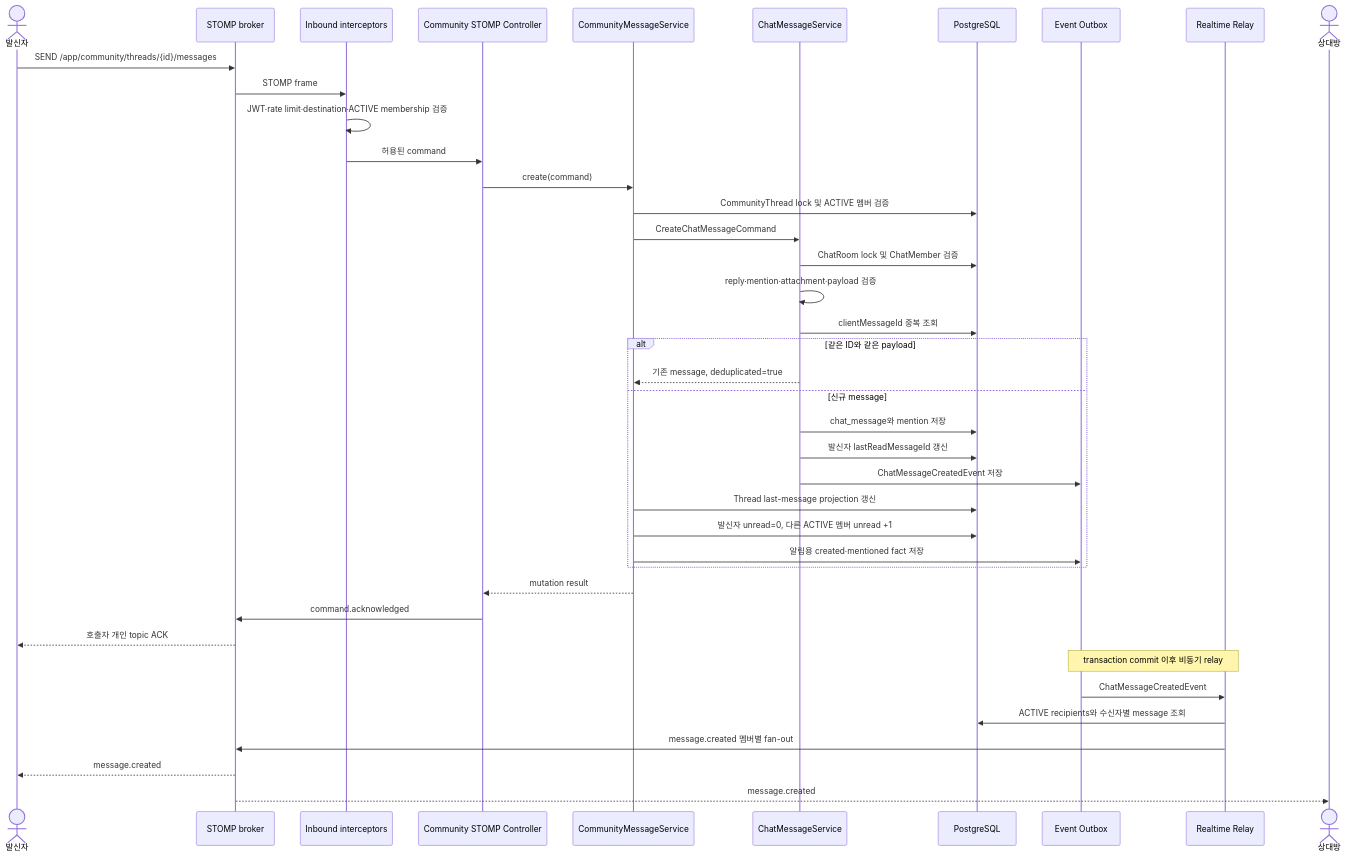
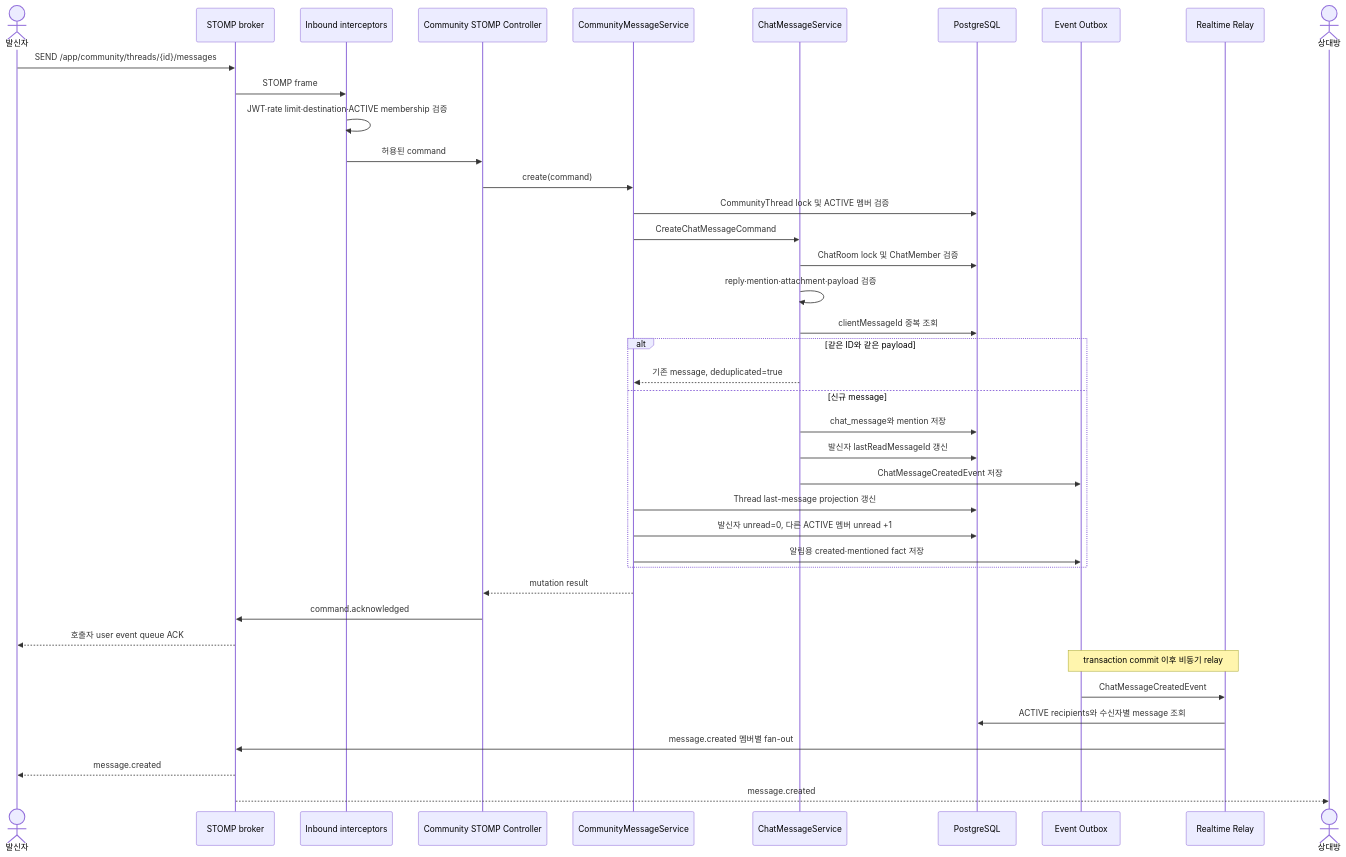
Before and after one commit to UMC-PRODUCT/cygnus-server: the third of 9 diagrams in docs/onboarding/community/community-thread-realtime-architecture.md, drawn with Mermaid. The commit also changed other lines of this file and 37 other files, not shown here.

````diff
--- a/docs/onboarding/community/community-thread-realtime-architecture.md
+++ b/docs/onboarding/community/community-thread-realtime-architecture.md
@@ -254,46 +256,46 @@
 ```mermaid
 sequenceDiagram
     actor A as 발신자
     participant B as STOMP broker
     participant W as Inbound interceptors
     participant C as Community STOMP Controller
     participant CS as CommunityMessageService
     participant CH as ChatMessageService
     participant DB as PostgreSQL
     participant O as Event Outbox
     participant R as Realtime Relay
     actor M as 상대방
 
     A->>B: SEND /app/community/threads/{id}/messages
     B->>W: STOMP frame
     W->>W: JWT·rate limit·destination·ACTIVE membership 검증
     W->>C: 허용된 command
     C->>CS: create(command)
     CS->>DB: CommunityThread lock 및 ACTIVE 멤버 검증
     CS->>CH: CreateChatMessageCommand
     CH->>DB: ChatRoom lock 및 ChatMember 검증
     CH->>CH: reply·mention·attachment·payload 검증
     CH->>DB: clientMessageId 중복 조회
 
     alt 같은 ID와 같은 payload
         CH-->>CS: 기존 message, deduplicated=true
     else 신규 message
         CH->>DB: chat_message와 mention 저장
         CH->>DB: 발신자 lastReadMessageId 갱신
         CH->>O: ChatMessageCreatedEvent 저장
         CS->>DB: Thread last-message projection 갱신
         CS->>DB: 발신자 unread=0, 다른 ACTIVE 멤버 unread +1
         CS->>O: 알림용 created·mentioned fact 저장
     end
 
     CS-->>C: mutation result
     C->>B: command.acknowledged
-    B-->>A: 호출자 개인 topic ACK
+    B-->>A: 호출자 user event queue ACK
 
     Note over O,R: transaction commit 이후 비동기 relay
     O->>R: ChatMessageCreatedEvent
     R->>DB: ACTIVE recipients와 수신자별 message 조회
     R->>B: message.created 멤버별 fan-out
     B-->>A: message.created
     B-->>M: message.created
 ```
````
